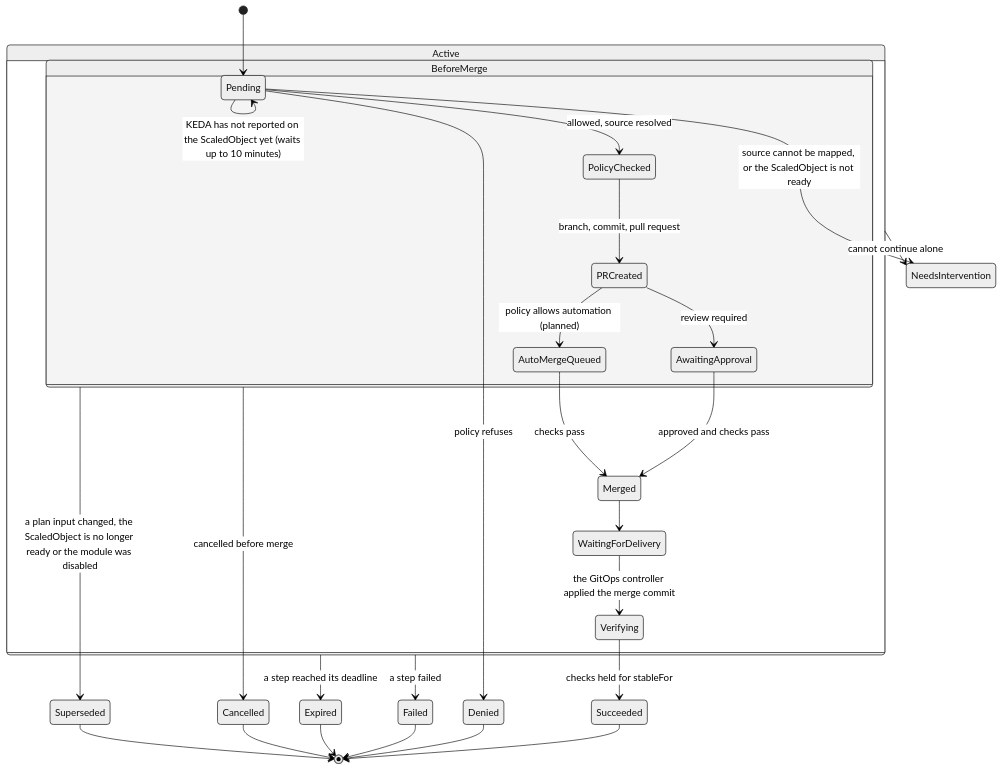
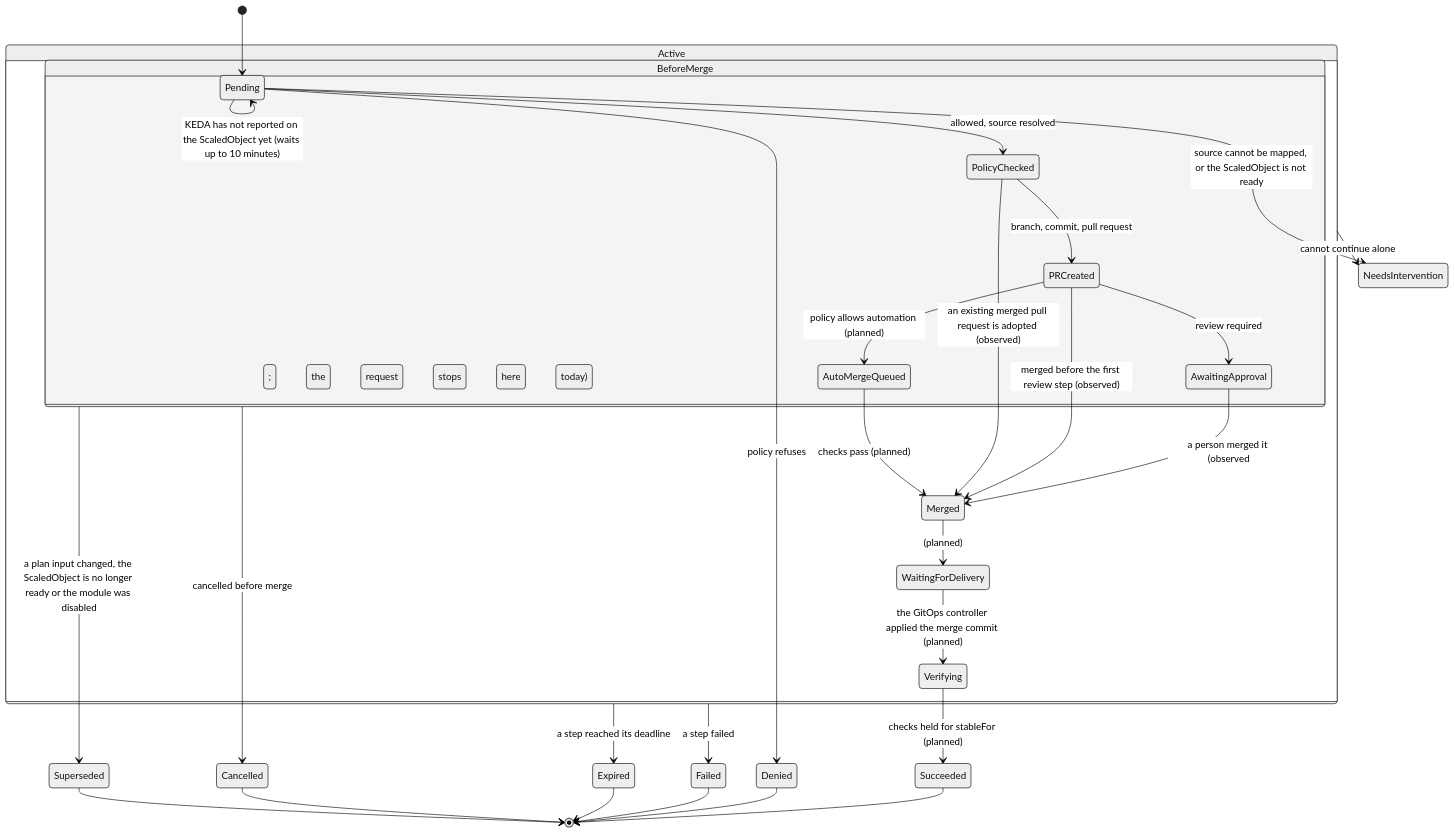
Before and after one commit to pkalin/shadewright: the third of 5 diagrams in docs/design.md, drawn with Mermaid (neutral theme). The commit also changed other lines of this file and 12 other files, not shown here.

````diff
--- a/docs/design.md
+++ b/docs/design.md
@@ -501,31 +503,33 @@
 ```mermaid
 stateDiagram-v2
     [*] --> Pending
     state Active {
         state BeforeMerge {
             Pending --> PolicyChecked: allowed, source resolved
             PolicyChecked --> PRCreated: branch, commit, pull request
             PRCreated --> AwaitingApproval: review required
             PRCreated --> AutoMergeQueued: policy allows automation (planned)
-            AwaitingApproval --> Merged: approved and checks pass
-            AutoMergeQueued --> Merged: checks pass
+            AwaitingApproval --> Merged: a person merged it (observed; the request stops here today)
+            PRCreated --> Merged: merged before the first review step (observed)
+            PolicyChecked --> Merged: an existing merged pull request is adopted (observed)
+            AutoMergeQueued --> Merged: checks pass (planned)
         }
-        Merged --> WaitingForDelivery
-        WaitingForDelivery --> Verifying: the GitOps controller applied the merge commit
+        Merged --> WaitingForDelivery: (planned)
+        WaitingForDelivery --> Verifying: the GitOps controller applied the merge commit (planned)
     }
     Pending --> Denied: policy refuses
     Pending --> NeedsIntervention: source cannot be mapped, or the ScaledObject is not ready
     Pending --> Pending: KEDA has not reported on the ScaledObject yet (waits up to 10 minutes)
-    Verifying --> Succeeded: checks held for stableFor
+    Verifying --> Succeeded: checks held for stableFor (planned)
     BeforeMerge --> Cancelled: cancelled before merge
     BeforeMerge --> Superseded: a plan input changed, the ScaledObject is no longer ready or the module was disabled
     Active --> Expired: a step reached its deadline
     Active --> Failed: a step failed
     Active --> NeedsIntervention: cannot continue alone
     Succeeded --> [*]
     Denied --> [*]
     Failed --> [*]
     Expired --> [*]
     Cancelled --> [*]
     Superseded --> [*]
 ```
````
